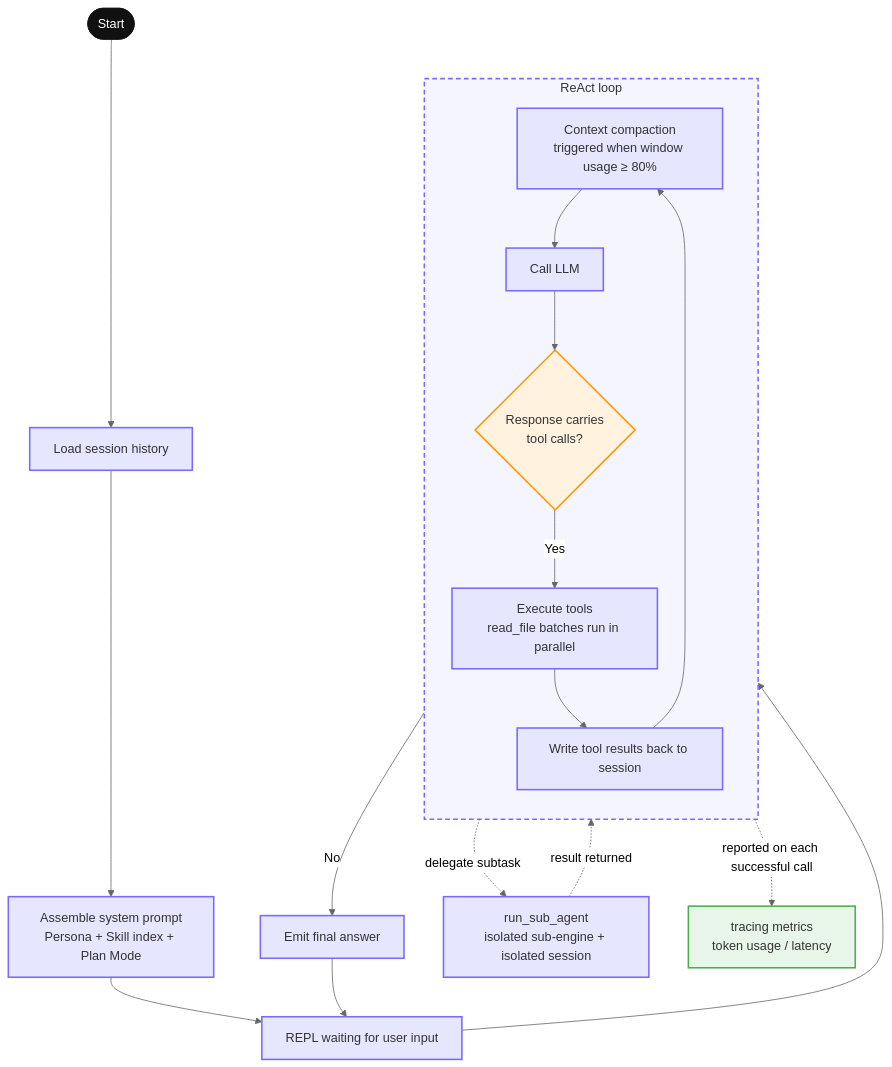
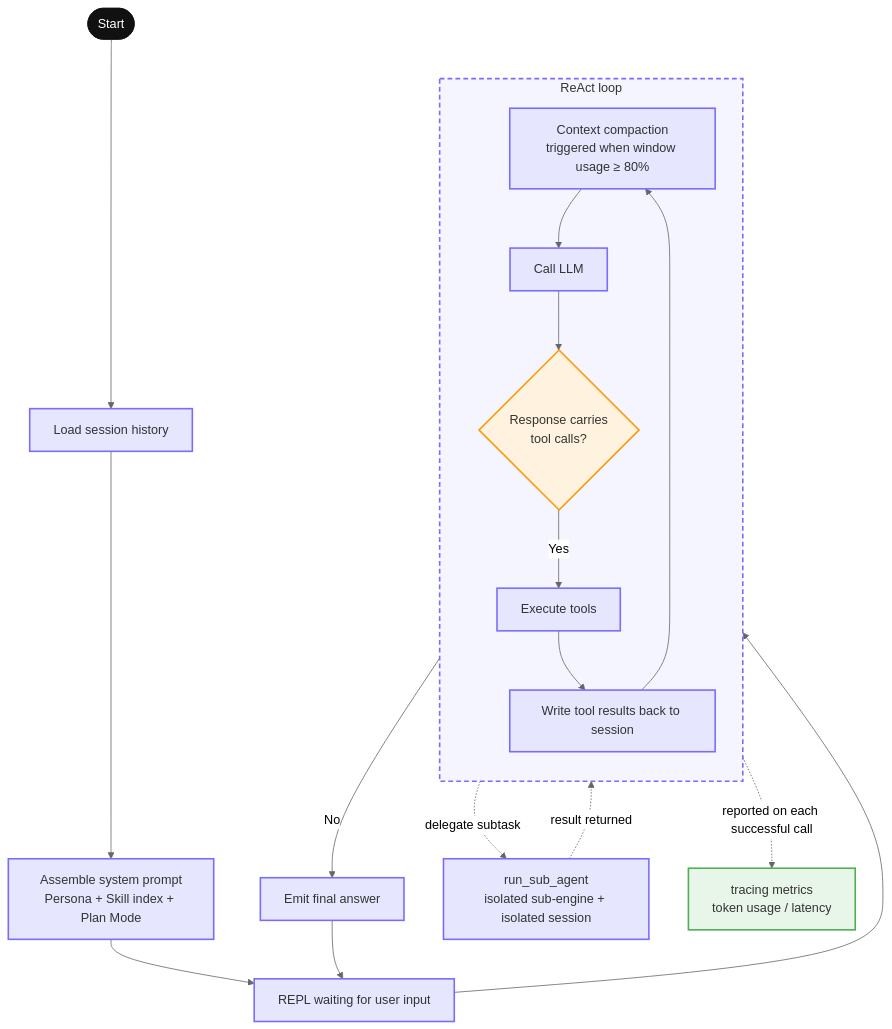
Before and after one commit to mikellxy/laxcode-cli: the diagram in README_EN.md, drawn with Mermaid (neutral theme). The commit also changed other lines of this file and 55 other files, not shown here.

````diff
--- a/README_EN.md
+++ b/README_EN.md
@@ -212,33 +225,33 @@
 ```mermaid
 flowchart TD
     start([Start]) --> load["Load session history"]
     load --> sys["Assemble system prompt<br/>Persona + Skill index + Plan Mode"]
     sys --> repl["REPL waiting for user input"]
 
     repl --> loop
     subgraph loop["ReAct loop"]
         direction TB
         compact["Context compaction<br/>triggered when window usage ≥ 80%"] --> gen["Call LLM"]
         gen --> judge{"Response carries<br/>tool calls?"}
-        judge -->|"Yes"| exec["Execute tools<br/>read_file batches run in parallel"]
+        judge -->|"Yes"| exec["Execute tools"]
         exec --> writeback["Write tool results back to session"]
         writeback --> compact
     end
 
     judge -->|"No"| answer["Emit final answer"]
     answer --> repl
 
     exec -. delegate subtask .-> sub["run_sub_agent<br/>isolated sub-engine + isolated session"]
     sub -. result returned .-> writeback
 
     gen -. reported on each successful call .-> obs["tracing metrics<br/>token usage / latency"]
 
     classDef proc fill:#E6E6FF,stroke:#7A6BFF,stroke-width:2px,color:#333
     classDef decision fill:#FFF3E0,stroke:#FF9800,stroke-width:2px,color:#333
     classDef obs fill:#E8F5E9,stroke:#4CAF50,stroke-width:2px,color:#333
     class load,sys,repl,compact,gen,exec,writeback,answer,sub proc
     class judge decision
     class obs obs
     style start fill:#111,stroke:#111,color:#fff
     style loop fill:#F5F5FF,stroke:#7A6BFF,stroke-width:2px,stroke-dasharray:6 4
 ```
````
